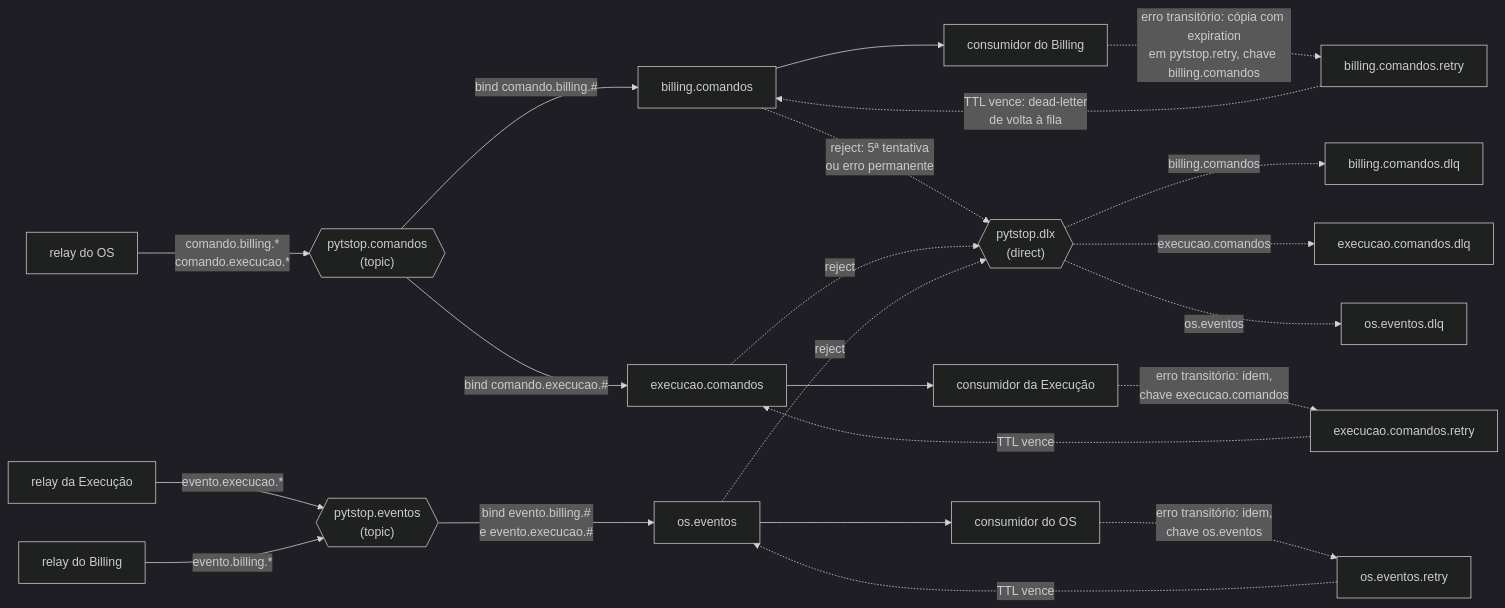
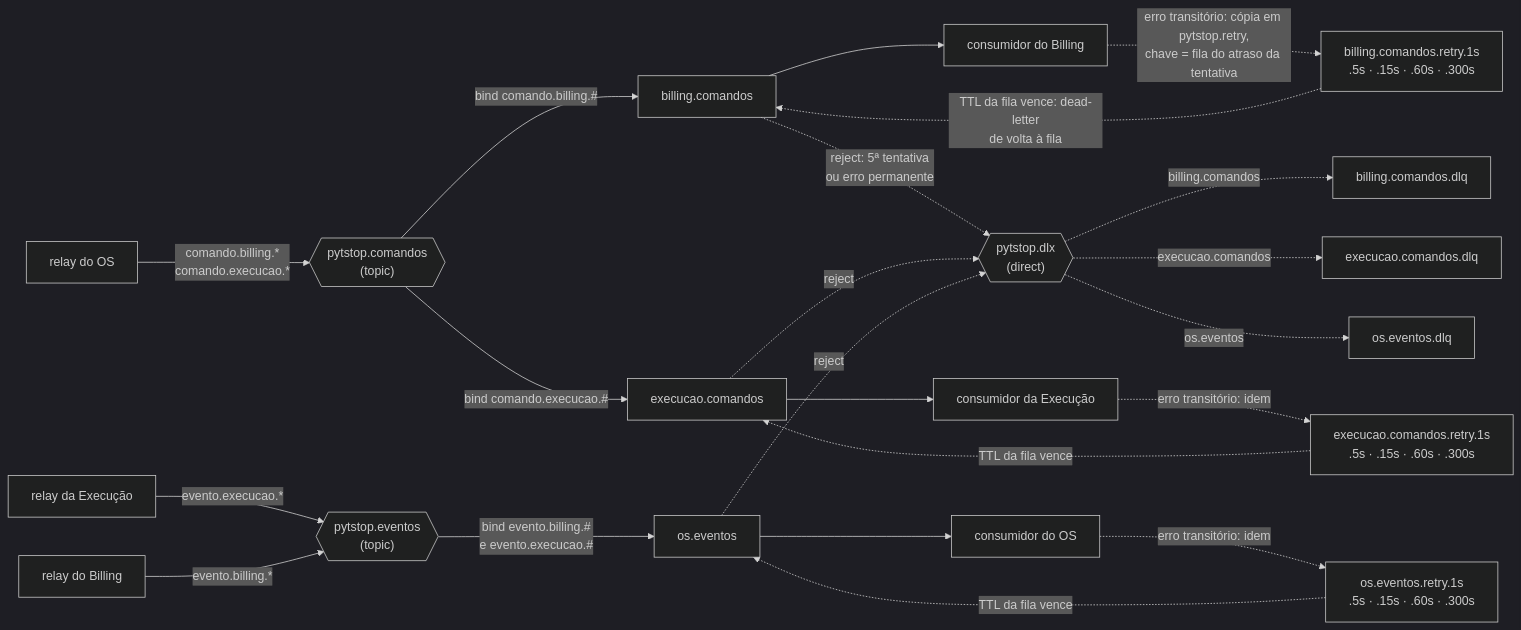
One commit to fiap-postech-sw-architecture/postech-sw-arch-p4-platform changed the ninth of 13 diagrams in docs/arquitetura/rfc/fase4/rfc-004-microsservicos-saga.md. Above: the diagram before and after it, drawn with Mermaid (dark theme). The commit also changed other lines of this file and 24 other files, not shown here.

First line of the commit message:
fix: uma fila de retry por atraso no RabbitMQ (#4)

````diff
--- a/docs/arquitetura/rfc/fase4/rfc-004-microsservicos-saga.md
+++ b/docs/arquitetura/rfc/fase4/rfc-004-microsservicos-saga.md
@@ -566,33 +566,33 @@
 ```mermaid
 ---
 config:
   flowchart:
     wrappingWidth: 400
 ---
 flowchart LR
     r_os["relay do OS"] -->|"comando.billing.*<br/>comando.execucao.*"| x_cmd{{"pytstop.comandos<br/>(topic)"}}
     r_ex["relay da Execução"] -->|"evento.execucao.*"| x_evt{{"pytstop.eventos<br/>(topic)"}}
     r_bi["relay do Billing"] -->|"evento.billing.*"| x_evt
 
     x_cmd -->|"bind comando.billing.#"| q_bi["billing.comandos"]
     x_cmd -->|"bind comando.execucao.#"| q_ex["execucao.comandos"]
     x_evt -->|"bind evento.billing.#<br/>e evento.execucao.#"| q_os["os.eventos"]
 
     q_bi --> c_bi["consumidor do Billing"]
     q_ex --> c_ex["consumidor da Execução"]
     q_os --> c_os["consumidor do OS"]
 
-    c_bi -.->|"erro transitório: cópia com expiration<br/>em pytstop.retry, chave billing.comandos"| rt_bi["billing.comandos.retry"]
-    c_ex -.->|"erro transitório: idem,<br/>chave execucao.comandos"| rt_ex["execucao.comandos.retry"]
-    c_os -.->|"erro transitório: idem,<br/>chave os.eventos"| rt_os["os.eventos.retry"]
-    rt_bi -.->|"TTL vence: dead-letter<br/>de volta à fila"| q_bi
-    rt_ex -.->|"TTL vence"| q_ex
-    rt_os -.->|"TTL vence"| q_os
+    c_bi -.->|"erro transitório: cópia em pytstop.retry,<br/>chave = fila do atraso da tentativa"| rt_bi["billing.comandos.retry.1s<br/>.5s · .15s · .60s · .300s"]
+    c_ex -.->|"erro transitório: idem"| rt_ex["execucao.comandos.retry.1s<br/>.5s · .15s · .60s · .300s"]
+    c_os -.->|"erro transitório: idem"| rt_os["os.eventos.retry.1s<br/>.5s · .15s · .60s · .300s"]
+    rt_bi -.->|"TTL da fila vence: dead-letter<br/>de volta à fila"| q_bi
+    rt_ex -.->|"TTL da fila vence"| q_ex
+    rt_os -.->|"TTL da fila vence"| q_os
 
     q_bi -.->|"reject: 5ª tentativa<br/>ou erro permanente"| dlx{{"pytstop.dlx<br/>(direct)"}}
     q_ex -.->|"reject"| dlx
     q_os -.->|"reject"| dlx
     dlx -.->|"billing.comandos"| dlq_bi["billing.comandos.dlq"]
     dlx -.->|"execucao.comandos"| dlq_ex["execucao.comandos.dlq"]
     dlx -.->|"os.eventos"| dlq_os["os.eventos.dlq"]
 ```
````
